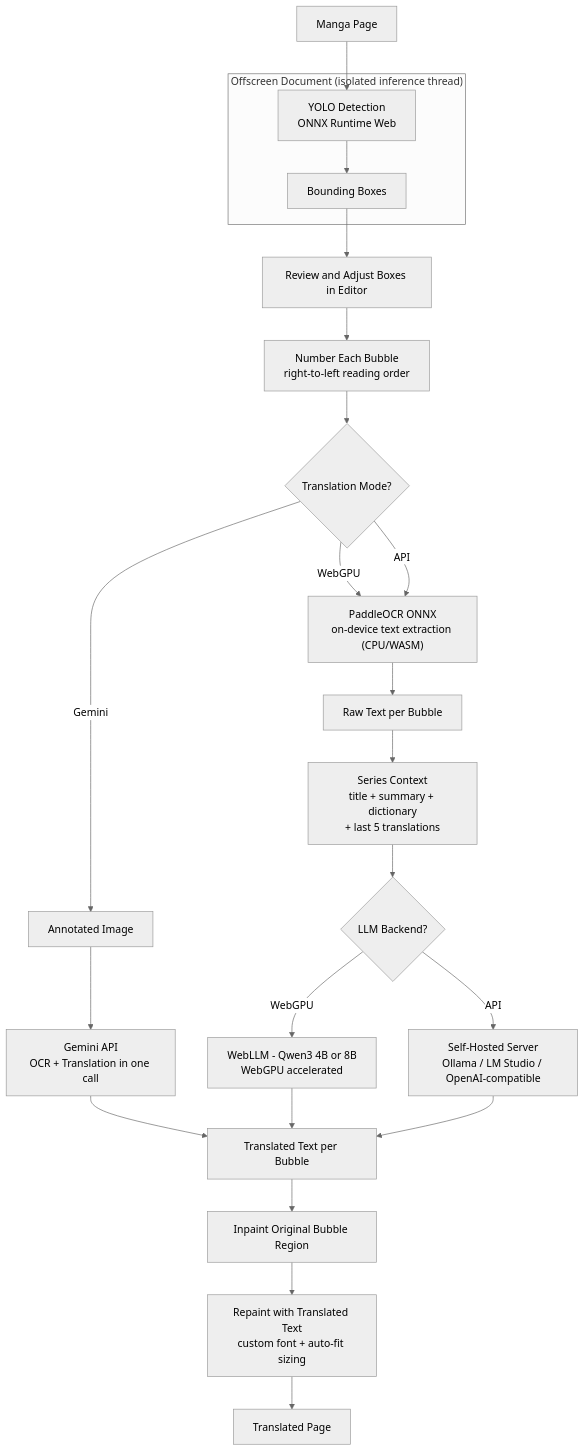
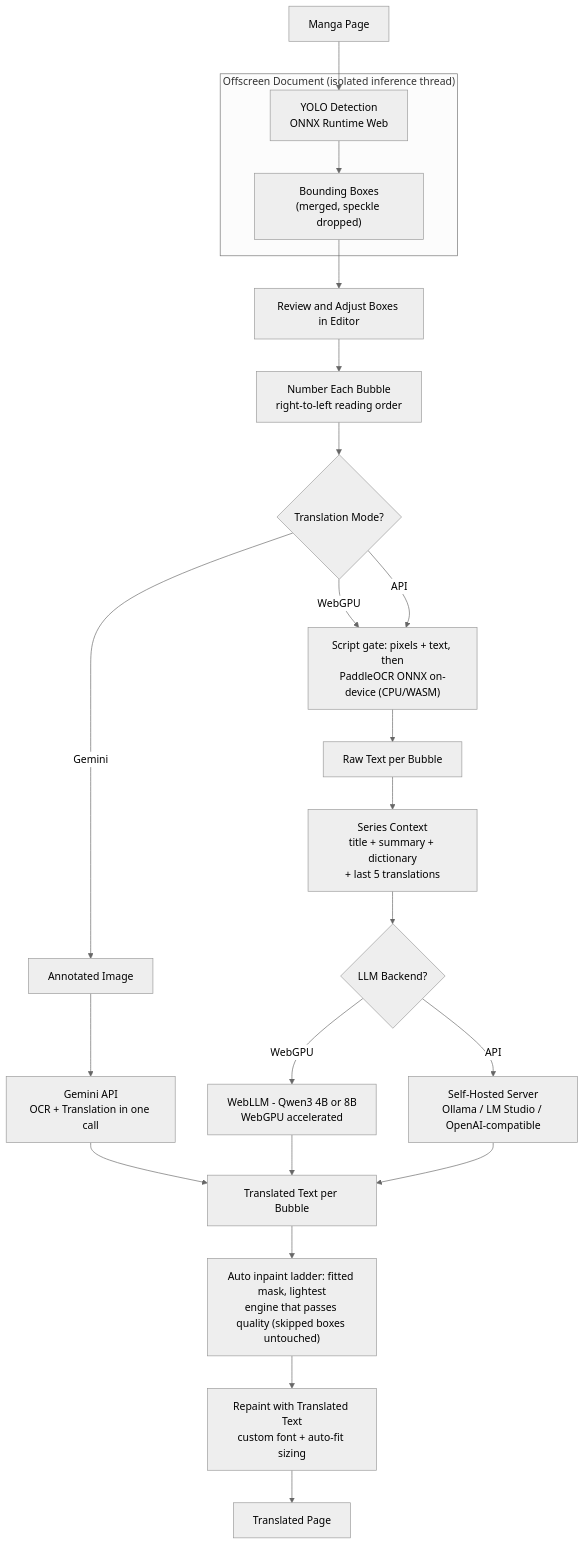
The diagram in README.md (mrdhnto/libre-manga-translator), drawn with Mermaid (neutral theme) before and after one commit. The commit also changed other lines of this file and 35 other files, not shown here.

````diff
--- a/README.md
+++ b/README.md
@@ -70,43 +70,45 @@
 ```mermaid
 graph TD
     Img[Manga Page] --> Detect
 
     subgraph offscreen ["Offscreen Document (isolated inference thread)"]
         Detect["YOLO Detection
 ONNX Runtime Web"]
-        Detect --> Boxes[Bounding Boxes]
+        Detect --> Boxes["Bounding Boxes
+(merged, speckle dropped)"]
     end
 
     Boxes --> Refine[Review and Adjust Boxes in Editor]
     Refine --> Annotate["Number Each Bubble
 right-to-left reading order"]
     Annotate --> Mode{Translation Mode?}
 
     Mode -->|Gemini| CloudImg[Annotated Image]
     CloudImg --> Gemini["Gemini API
 OCR + Translation in one call"]
     Gemini --> Text
 
-    Mode -->|WebGPU| OCR["PaddleOCR ONNX
-on-device text extraction (CPU/WASM)"]
+    Mode -->|WebGPU| OCR["Script gate: pixels + text, then
+PaddleOCR ONNX on-device (CPU/WASM)"]
     Mode -->|API| OCR
 
     OCR --> Raw[Raw Text per Bubble]
     Raw --> Ctx["Series Context
 title + summary + dictionary
 + last 5 translations"]
     Ctx --> LLM{LLM Backend?}
 
     LLM -->|WebGPU| WebLLM["WebLLM - Qwen3 4B or 8B
 WebGPU accelerated"]
     LLM -->|API| Server["Self-Hosted Server
 Ollama / LM Studio / OpenAI-compatible"]
 
     WebLLM --> Text[Translated Text per Bubble]
     Server --> Text
 
-    Text --> Inpaint[Inpaint Original Bubble Region]
+    Text --> Inpaint["Auto inpaint ladder: fitted mask, lightest
+engine that passes quality (skipped boxes untouched)"]
     Inpaint --> Paint["Repaint with Translated Text
 custom font + auto-fit sizing"]
     Paint --> Result[Translated Page]
 ```
````
